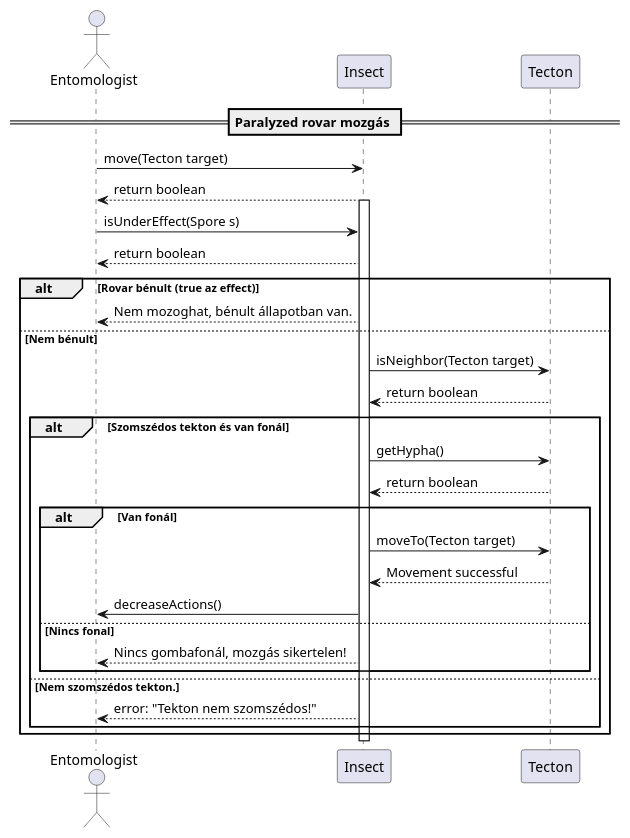
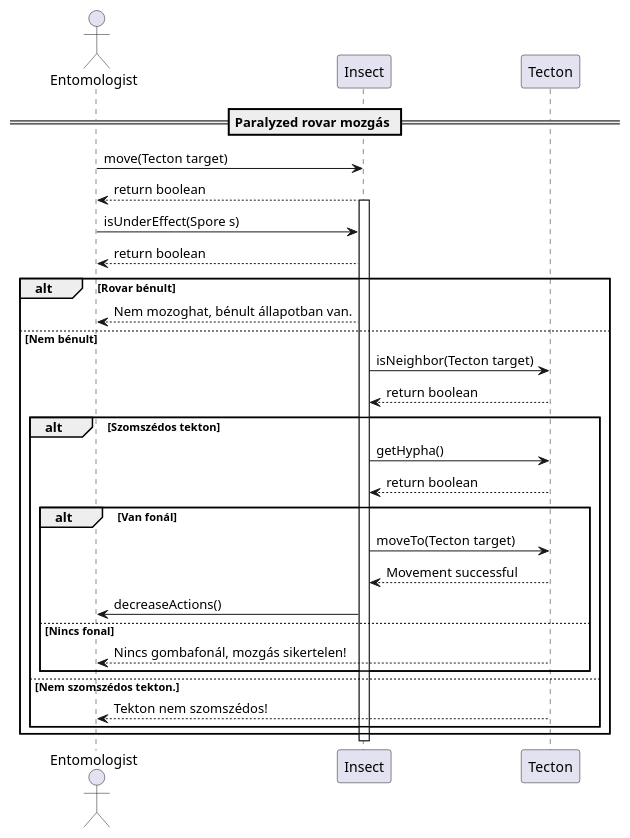
One commit to hujberhunor/SzomiSztegoProjlab changed the diagram in UML/TestSequence/4.1-paral-insect.puml. Above: the diagram before and after it, drawn with PlantUML. The commit also changed 6 other files, not shown here.

```diff
--- a/UML/TestSequence/4.1-paral-insect.puml
+++ b/UML/TestSequence/4.1-paral-insect.puml
@@ -1,39 +1,39 @@
 @startuml
 == Paralyzed rovar mozgás ==
 
 actor Entomologist
 participant Insect
 
 Entomologist -> Insect: move(Tecton target)
 Insect --> Entomologist: return boolean
 activate Insect
 
 ' Megkersi, hogy azon effekt hatása alatt van-e
 Entomologist -> Insect: isUnderEffect(Spore s)
 Insect --> Entomologist: return boolean
 
-alt Rovar bénult (true az effect)
+alt Rovar bénult 
     Insect --> Entomologist: Nem mozoghat, bénult állapotban van.
 else Nem bénult 
     Insect -> Tecton: isNeighbor(Tecton target)
     Tecton --> Insect: return boolean
     
-    alt Szomszédos tekton és van fonál
+    alt Szomszédos tekton
         Insect -> Tecton: getHypha()
         Tecton --> Insect: return boolean
         
         alt Van fonál
             Insect -> Tecton: moveTo(Tecton target)
             Tecton --> Insect: Movement successful
             Insect -> Entomologist: decreaseActions()
         else Nincs fonal
-            Insect --> Entomologist: Nincs gombafonál, mozgás sikertelen!
+            Tecton --> Entomologist: Nincs gombafonál, mozgás sikertelen!
         end
     else Nem szomszédos tekton. 
-        Insect --> Entomologist: error: "Tekton nem szomszédos!"
+        Tecton --> Entomologist:Tekton nem szomszédos!
     end
 end
 
 deactivate Insect
 
 @enduml
```
